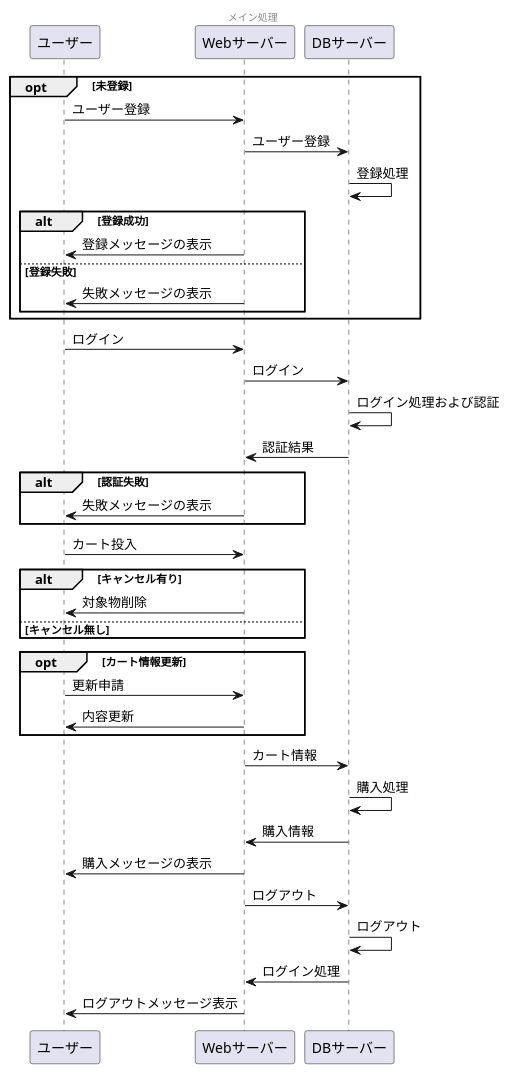
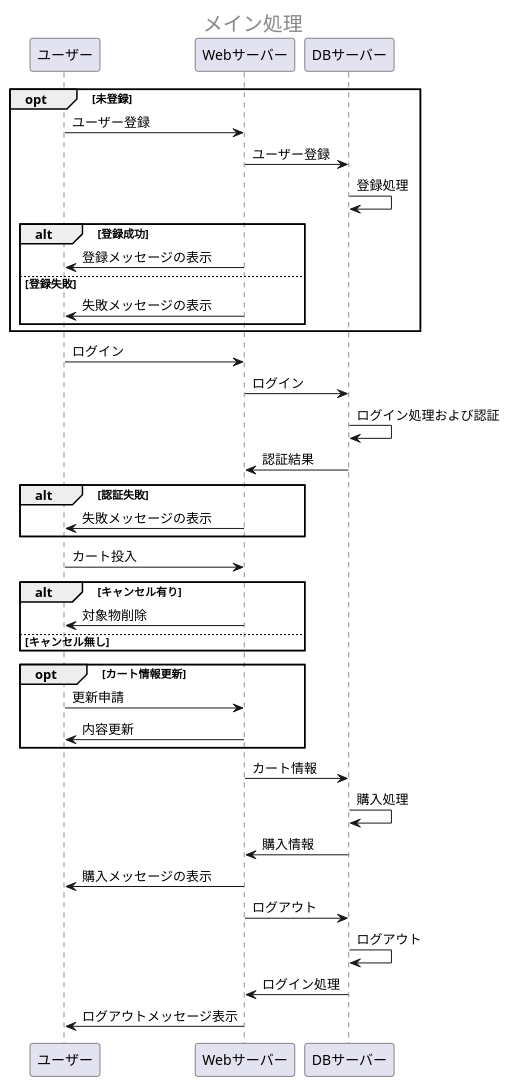
The first of 2 diagrams in sample/OperationFrow.md (Aso2001385/2021sys-design), drawn with PlantUML before and after one commit.

````diff
--- a/sample/OperationFrow.md
+++ b/sample/OperationFrow.md
@@ -1,57 +1,57 @@
 ```uml 
 @startuml 
-center header --メイン処理--
+center header <size:20>メイン処理</size>
 
  opt 未登録
 
   ユーザー -> Webサーバー:ユーザー登録
   Webサーバー -> DBサーバー:ユーザー登録
   DBサーバー -> DBサーバー:登録処理
 
   alt 登録成功
     Webサーバー ->ユーザー:登録メッセージの表示
   else 登録失敗
     Webサーバー ->ユーザー:失敗メッセージの表示
   end
 
  end
 
  ユーザー -> Webサーバー:ログイン
  Webサーバー -> DBサーバー:ログイン
  DBサーバー -> DBサーバー:ログイン処理および認証
  DBサーバー -> Webサーバー:認証結果
 
  alt 認証失敗
   Webサーバー ->ユーザー:失敗メッセージの表示
  end
  
 
 ユーザー -> Webサーバー:カート投入
 
 
 
   
   alt キャンセル有り
       Webサーバー ->ユーザー:対象物削除
     else キャンセル無し
   end
   
   opt カート情報更新
       ユーザー -> Webサーバー:更新申請
       Webサーバー ->ユーザー:内容更新
   end
   
 Webサーバー -> DBサーバー:カート情報
 DBサーバー -> DBサーバー:購入処理
 DBサーバー -> Webサーバー:購入情報
 Webサーバー ->ユーザー:購入メッセージの表示
 
  
 
 Webサーバー -> DBサーバー:ログアウト
 DBサーバー -> DBサーバー:ログアウト
 DBサーバー -> Webサーバー:ログイン処理
 Webサーバー ->ユーザー:ログアウトメッセージ表示
 
 @enduml
 ```
````
